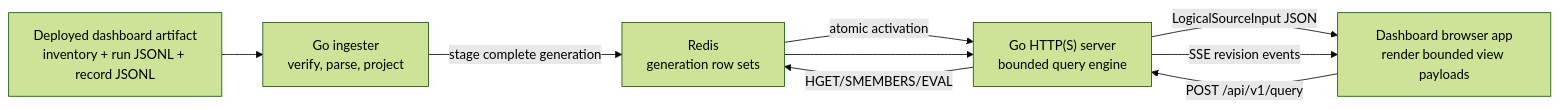
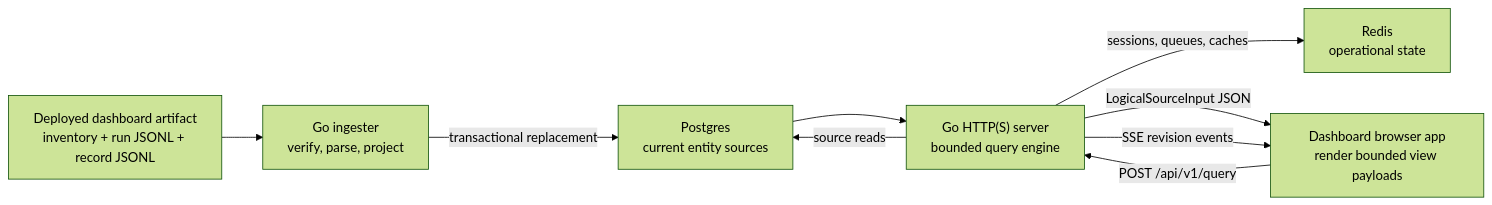
The first of 2 diagrams in server/README.md (githubnext/gh-aw-cao), drawn with Mermaid (forest theme) before and after one commit. The commit also changed other lines of this file and 21 other files, not shown here.

Commit message:
Connect hosted profiles and collection reads to Postgres

````diff
--- a/server/README.md
+++ b/server/README.md
@@ -185,17 +177,18 @@
 ```mermaid
 flowchart LR
   Artifact["Deployed dashboard artifact<br/>inventory + run JSONL + record JSONL"]
   Ingest["Go ingester<br/>verify, parse, project"]
-  Redis["Redis<br/>generation row sets"]
+  Postgres["Postgres<br/>current entity sources"]
+  Redis["Redis<br/>operational state"]
   API["Go HTTP(S) server<br/>bounded query engine"]
   Browser["Dashboard browser app<br/>render bounded view payloads"]
 
   Artifact --> Ingest
-  Ingest -->|"stage complete generation"| Redis
-  Redis -->|"atomic activation"| API
+  Ingest -->|"transactional replacement"| Postgres
+  Postgres --> API
   Browser -->|"POST /api/v1/query"| API
-  API -->|"HGET/SMEMBERS/EVAL"| Redis
-  Redis --> API
+  API -->|"source reads"| Postgres
+  API -->|"sessions, queues, caches"| Redis
   API -->|"LogicalSourceInput JSON"| Browser
   API -->|"SSE revision events"| Browser
 ```
````
